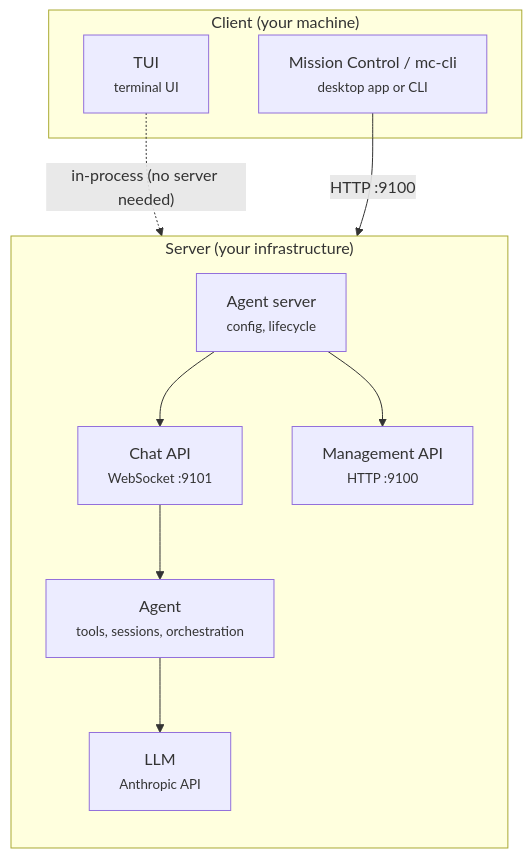
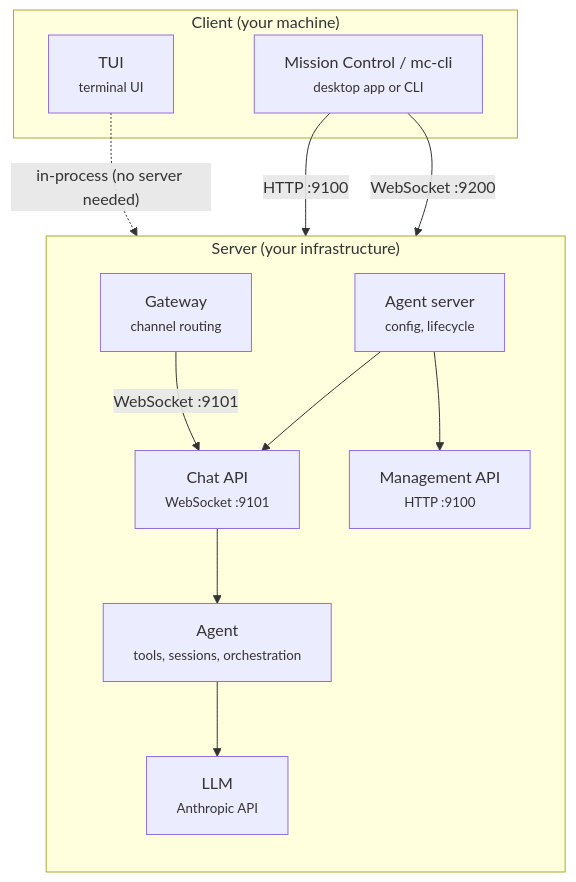
One commit to volumegambit/Dash changed the diagram in docs/architecture.mdx. Above: the diagram before and after it, drawn with Mermaid. The commit also changed other lines of this file and 3 other files, not shown here.

Commit message:
Update docs for channel gateway

````diff
--- a/docs/architecture.mdx
+++ b/docs/architecture.mdx
@@ -10,19 +10,22 @@
 ```mermaid
 graph TB
   subgraph server ["Server (your infrastructure)"]
     direction TB
     agent-server["Agent server<br/><small>config, lifecycle</small>"]
     agent-server --> chat["Chat API<br/><small>WebSocket :9101</small>"]
     agent-server --> management["Management API<br/><small>HTTP :9100</small>"]
     chat --> agent["Agent<br/><small>tools, sessions, orchestration</small>"]
     agent --> llm["LLM<br/><small>Anthropic API</small>"]
+    gateway["Gateway<br/><small>channel routing</small>"]
+    gateway -- "WebSocket :9101" --> chat
   end
 
   subgraph client ["Client (your machine)"]
     tui["TUI<br/><small>terminal UI</small>"]
     mc["Mission Control / mc-cli<br/><small>desktop app or CLI</small>"]
   end
 
   tui -. "in-process (no server needed)" .-> agent
   mc -- "HTTP :9100" --> management
+  mc -- "WebSocket :9200" --> gateway
 ```
````
